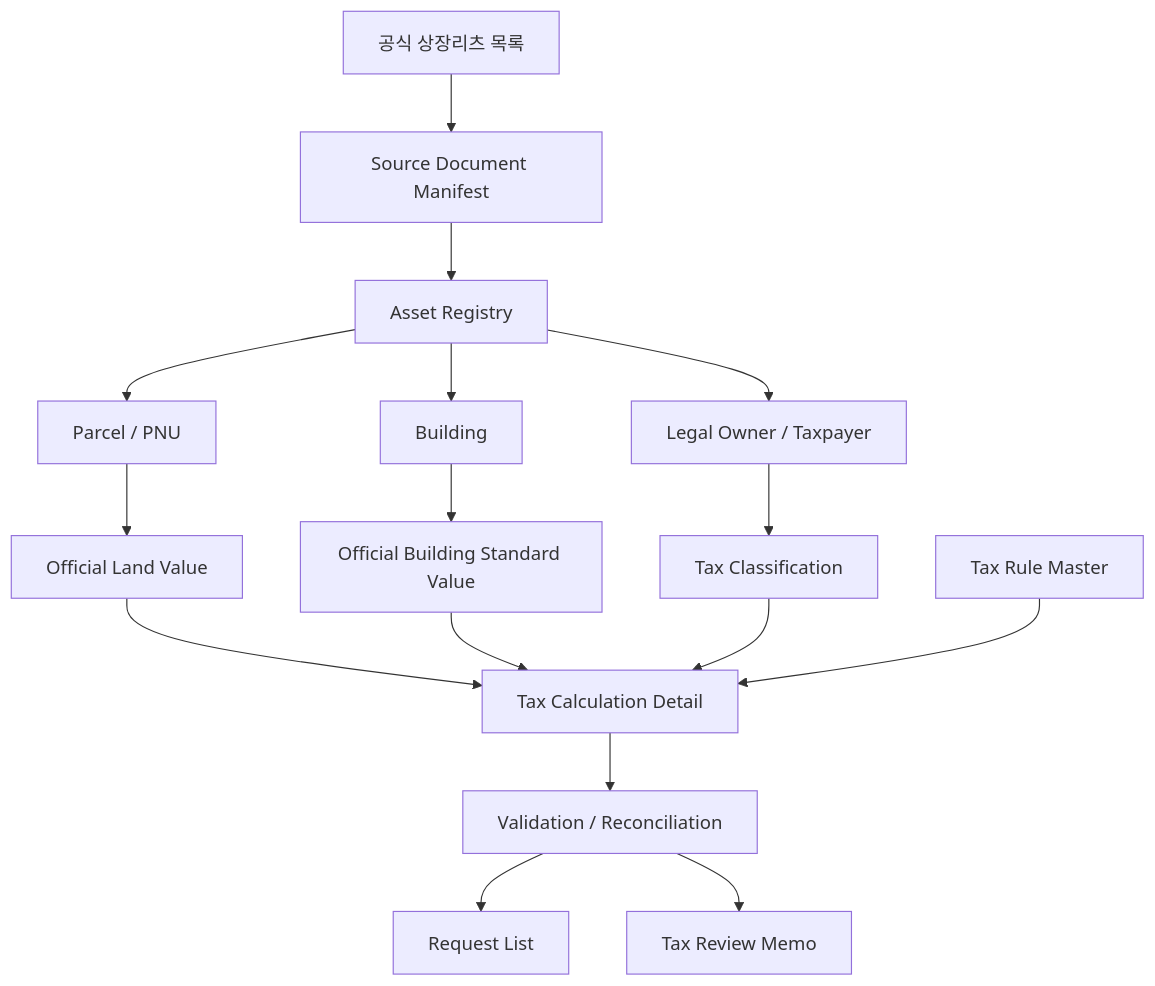
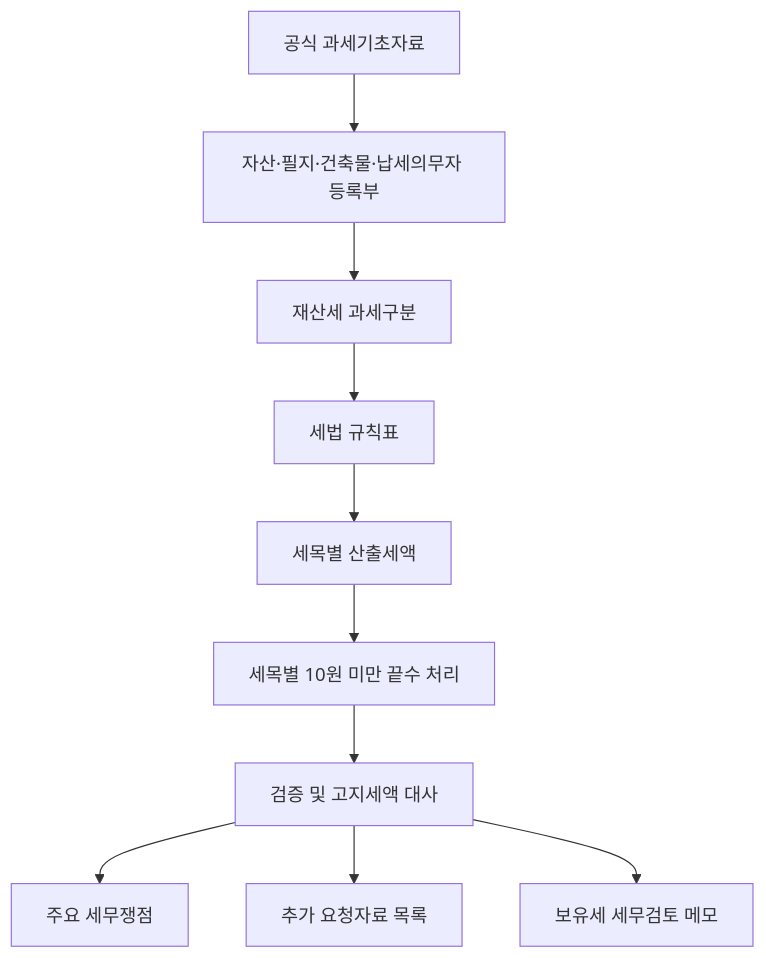
One commit to hahnjune0118/k-reit-risk-intelligence-platform changed the diagram in docs/Architecture.md. Above: the diagram before and after it, drawn with Mermaid. The commit also changed other lines of this file and 29 other files, not shown here.

Commit message:
fix(tax): apply end-digit treatment and Korean legal terminology

````diff
--- a/docs/Architecture.md
+++ b/docs/Architecture.md
@@ -34,18 +19,12 @@
 ```mermaid
 flowchart TD
-    R["공식 상장리츠 목록"] --> D["Source Document Manifest"]
-    D --> A["Asset Registry"]
-    A --> T["Legal Owner / Taxpayer"]
-    A --> P["Parcel / PNU"]
-    A --> B["Building"]
-    P --> C["Official Land Value"]
-    B --> C2["Official Building Standard Value"]
-    T --> X["Tax Classification"]
-    C --> E["Tax Calculation Detail"]
-    C2 --> E
-    X --> E
-    M["Tax Rule Master"] --> E
-    E --> V["Validation / Reconciliation"]
-    V --> Q["Request List"]
-    V --> O["Tax Review Memo"]
+    S["공식 과세기초자료"] --> M["자산·필지·건축물·납세의무자 등록부"]
+    M --> C["재산세 과세구분"]
+    C --> R["세법 규칙표"]
+    R --> B["세목별 산출세액"]
+    B --> T["세목별 10원 미만 끝수 처리"]
+    T --> V["검증 및 고지세액 대사"]
+    V --> I["주요 세무쟁점"]
+    V --> Q["추가 요청자료 목록"]
+    V --> O["보유세 세무검토 메모"]
 ```
````
